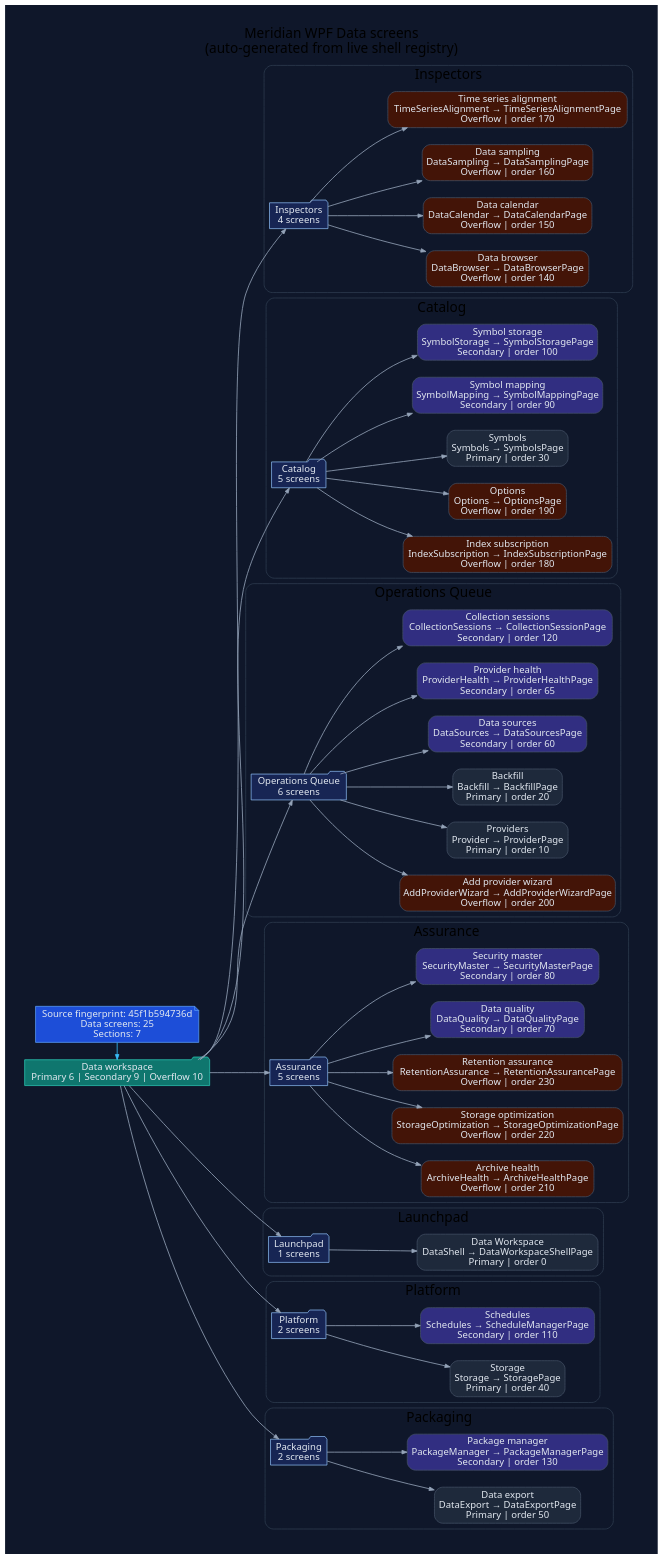
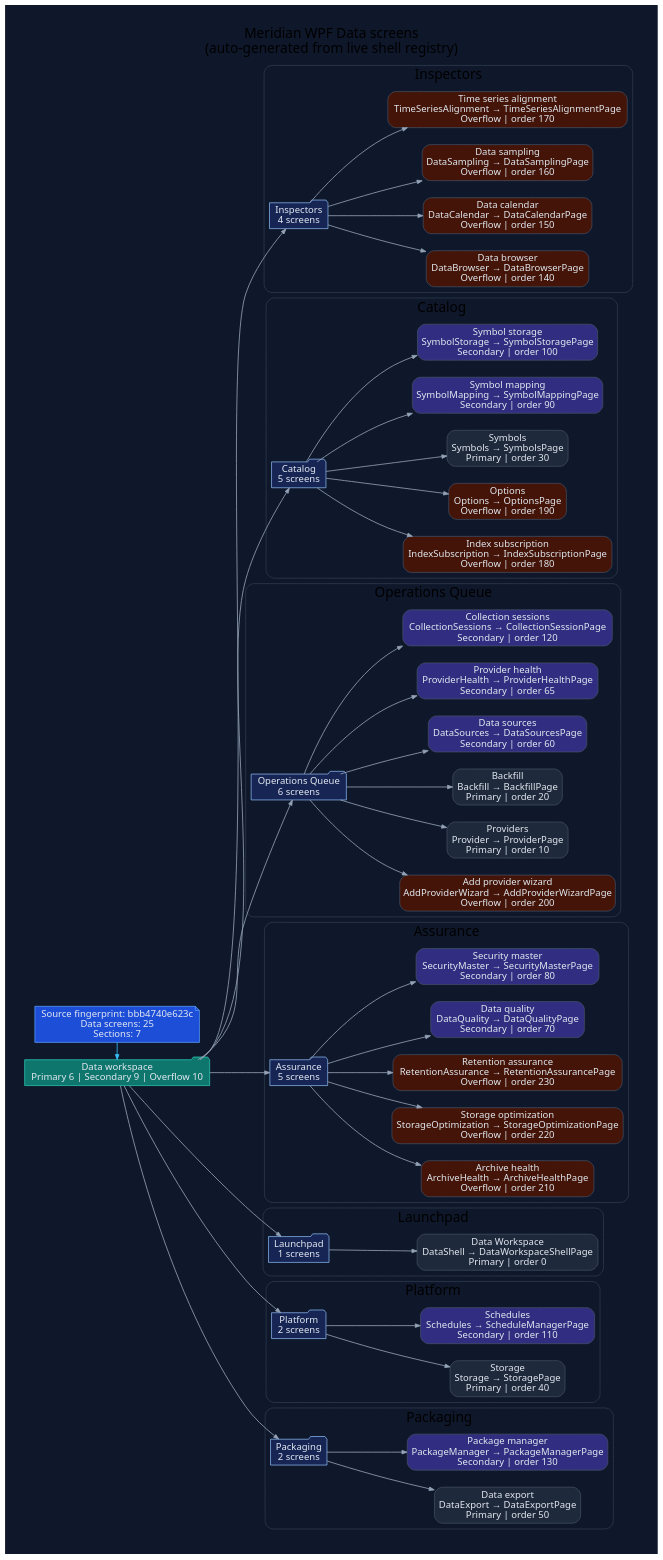
Before and after one commit to rodoHasArrived/Meridian-main: the diagram in docs/diagrams/ui/ui-wpf-screens-data.dot, drawn with Graphviz. The commit also changed 47 other files, not shown here.

First line of the commit message:
Regenerate docs and UI diagrams for the follow-up changes

```diff
--- a/docs/diagrams/ui/ui-wpf-screens-data.dot
+++ b/docs/diagrams/ui/ui-wpf-screens-data.dot
@@ -1,132 +1,132 @@
 // -----------------------------------------------------------------------------
 // <auto-generated>
 // Generated by scripts/generate-diagrams.mjs.
 // Do not edit this file directly; update the WPF source files instead.
 // -----------------------------------------------------------------------------
 digraph WpfDataScreens {
   graph [
     rankdir=LR,
     labelloc=t,
     label="Meridian WPF Data screens\n(auto-generated from live shell registry)",
     fontname="Segoe UI",
     fontsize=20,
     pad=0.4,
     nodesep=0.35,
     ranksep=0.85,
     bgcolor="#0f172a"
   ];
   node [fontname="Segoe UI", shape=box, style="rounded,filled", color="#475569", fontcolor="#e2e8f0", fillcolor="#1e293b"];
   edge [fontname="Segoe UI", color="#94a3b8", penwidth=1.2, arrowsize=0.75];
 
-  generated [shape=note, fillcolor="#1d4ed8", color="#60a5fa", label="Source fingerprint: 45f1b594736d\nData screens: 25\nSections: 7"];
+  generated [shape=note, fillcolor="#1d4ed8", color="#60a5fa", label="Source fingerprint: bbb4740e623c\nData screens: 25\nSections: 7"];
   workspace [shape=folder, fillcolor="#0f766e", color="#2dd4bf", label="Data workspace\nPrimary 6 | Secondary 9 | Overflow 10"];
   generated -> workspace [color="#38bdf8"];
 
   subgraph cluster_section_1 {
     label="Inspectors";
     color="#334155";
     style="rounded";
     section_1 [shape=folder, fillcolor="#172554", color="#93c5fd", label="Inspectors\n4 screens"];
     workspace -> section_1;
     screen_DataBrowser [fillcolor="#431407", label="Data browser\nDataBrowser → DataBrowserPage\nOverflow | order 140"];
     section_1 -> screen_DataBrowser;
     screen_DataCalendar [fillcolor="#431407", label="Data calendar\nDataCalendar → DataCalendarPage\nOverflow | order 150"];
     section_1 -> screen_DataCalendar;
     screen_DataSampling [fillcolor="#431407", label="Data sampling\nDataSampling → DataSamplingPage\nOverflow | order 160"];
     section_1 -> screen_DataSampling;
     screen_TimeSeriesAlignment [fillcolor="#431407", label="Time series alignment\nTimeSeriesAlignment → TimeSeriesAlignmentPage\nOverflow | order 170"];
     section_1 -> screen_TimeSeriesAlignment;
   }
 
   subgraph cluster_section_2 {
     label="Catalog";
     color="#334155";
     style="rounded";
     section_2 [shape=folder, fillcolor="#172554", color="#93c5fd", label="Catalog\n5 screens"];
     workspace -> section_2;
     screen_IndexSubscription [fillcolor="#431407", label="Index subscription\nIndexSubscription → IndexSubscriptionPage\nOverflow | order 180"];
     section_2 -> screen_IndexSubscription;
     screen_Options [fillcolor="#431407", label="Options\nOptions → OptionsPage\nOverflow | order 190"];
     section_2 -> screen_Options;
     screen_Symbols [fillcolor="#1e293b", label="Symbols\nSymbols → SymbolsPage\nPrimary | order 30"];
     section_2 -> screen_Symbols;
     screen_SymbolMapping [fillcolor="#312e81", label="Symbol mapping\nSymbolMapping → SymbolMappingPage\nSecondary | order 90"];
     section_2 -> screen_SymbolMapping;
     screen_SymbolStorage [fillcolor="#312e81", label="Symbol storage\nSymbolStorage → SymbolStoragePage\nSecondary | order 100"];
     section_2 -> screen_SymbolStorage;
   }
 
   subgraph cluster_section_3 {
     label="Operations Queue";
     color="#334155";
     style="rounded";
     section_3 [shape=folder, fillcolor="#172554", color="#93c5fd", label="Operations Queue\n6 screens"];
     workspace -> section_3;
     screen_AddProviderWizard [fillcolor="#431407", label="Add provider wizard\nAddProviderWizard → AddProviderWizardPage\nOverflow | order 200"];
     section_3 -> screen_AddProviderWizard;
     screen_Provider [fillcolor="#1e293b", label="Providers\nProvider → ProviderPage\nPrimary | order 10"];
     section_3 -> screen_Provider;
     screen_Backfill [fillcolor="#1e293b", label="Backfill\nBackfill → BackfillPage\nPrimary | order 20"];
     section_3 -> screen_Backfill;
     screen_DataSources [fillcolor="#312e81", label="Data sources\nDataSources → DataSourcesPage\nSecondary | order 60"];
     section_3 -> screen_DataSources;
     screen_ProviderHealth [fillcolor="#312e81", label="Provider health\nProviderHealth → ProviderHealthPage\nSecondary | order 65"];
     section_3 -> screen_ProviderHealth;
     screen_CollectionSessions [fillcolor="#312e81", label="Collection sessions\nCollectionSessions → CollectionSessionPage\nSecondary | order 120"];
     section_3 -> screen_CollectionSessions;
   }
 
   subgraph cluster_section_4 {
     label="Assurance";
     color="#334155";
     style="rounded";
     section_4 [shape=folder, fillcolor="#172554", color="#93c5fd", label="Assurance\n5 screens"];
     workspace -> section_4;
     screen_ArchiveHealth [fillcolor="#431407", label="Archive health\nArchiveHealth → ArchiveHealthPage\nOverflow | order 210"];
     section_4 -> screen_ArchiveHealth;
     screen_StorageOptimization [fillcolor="#431407", label="Storage optimization\nStorageOptimization → StorageOptimizationPage\nOverflow | order 220"];
     section_4 -> screen_StorageOptimization;
     screen_RetentionAssurance [fillcolor="#431407", label="Retention assurance\nRetentionAssurance → RetentionAssurancePage\nOverflow | order 230"];
     section_4 -> screen_RetentionAssurance;
     screen_DataQuality [fillcolor="#312e81", label="Data quality\nDataQuality → DataQualityPage\nSecondary | order 70"];
     section_4 -> screen_DataQuality;
     screen_SecurityMaster [fillcolor="#312e81", label="Security master\nSecurityMaster → SecurityMasterPage\nSecondary | order 80"];
     section_4 -> screen_SecurityMaster;
   }
 
   subgraph cluster_section_5 {
     label="Launchpad";
     color="#334155";
     style="rounded";
     section_5 [shape=folder, fillcolor="#172554", color="#93c5fd", label="Launchpad\n1 screens"];
     workspace -> section_5;
     screen_DataShell [fillcolor="#1e293b", label="Data Workspace\nDataShell → DataWorkspaceShellPage\nPrimary | order 0"];
     section_5 -> screen_DataShell;
   }
 
   subgraph cluster_section_6 {
     label="Platform";
     color="#334155";
     style="rounded";
     section_6 [shape=folder, fillcolor="#172554", color="#93c5fd", label="Platform\n2 screens"];
     workspace -> section_6;
     screen_Storage [fillcolor="#1e293b", label="Storage\nStorage → StoragePage\nPrimary | order 40"];
     section_6 -> screen_Storage;
     screen_Schedules [fillcolor="#312e81", label="Schedules\nSchedules → ScheduleManagerPage\nSecondary | order 110"];
     section_6 -> screen_Schedules;
   }
 
   subgraph cluster_section_7 {
     label="Packaging";
     color="#334155";
     style="rounded";
     section_7 [shape=folder, fillcolor="#172554", color="#93c5fd", label="Packaging\n2 screens"];
     workspace -> section_7;
     screen_DataExport [fillcolor="#1e293b", label="Data export\nDataExport → DataExportPage\nPrimary | order 50"];
     section_7 -> screen_DataExport;
     screen_PackageManager [fillcolor="#312e81", label="Package manager\nPackageManager → PackageManagerPage\nSecondary | order 130"];
     section_7 -> screen_PackageManager;
   }
 
   { rank=min; generated; workspace; }
 }
```
